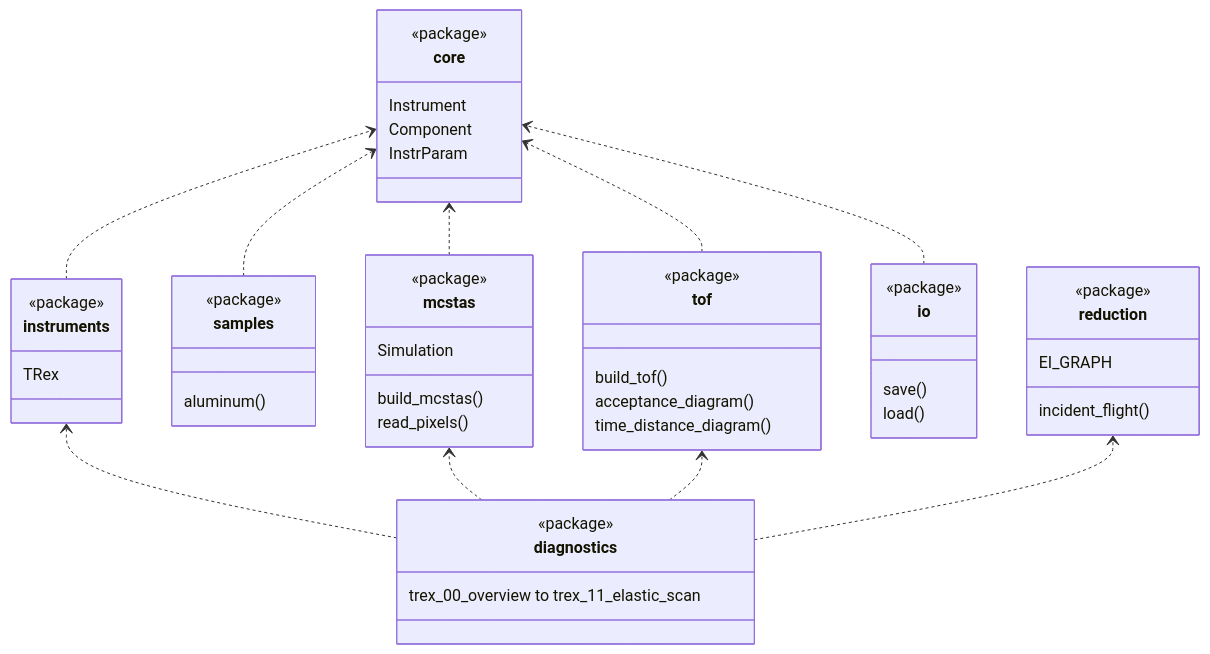
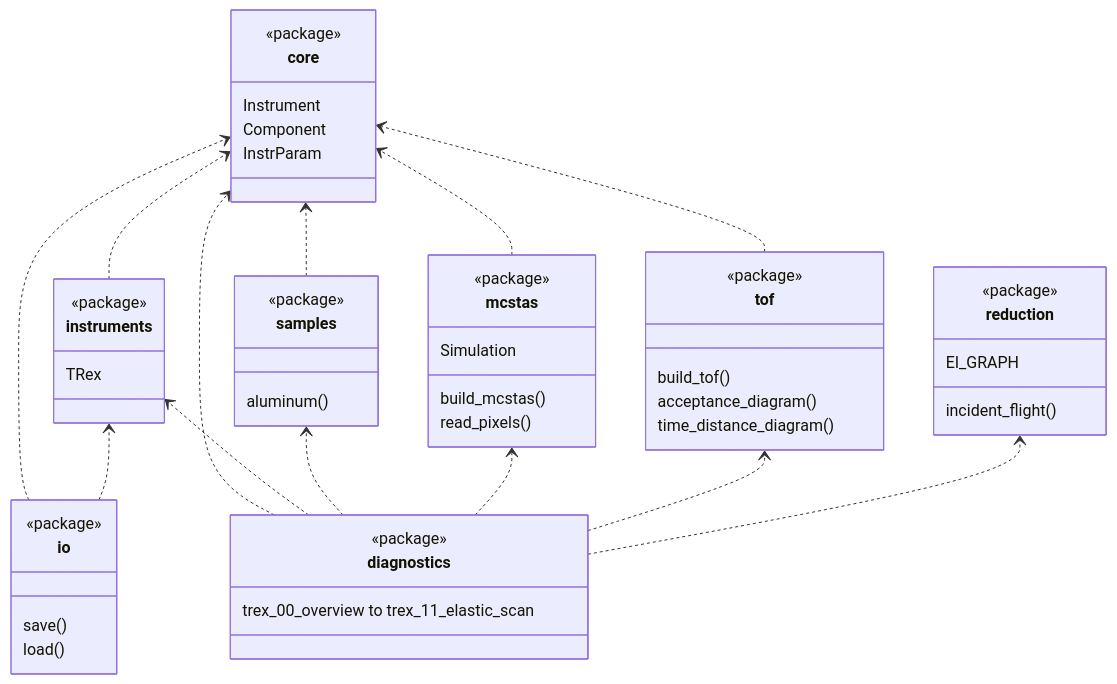
The diagram in docs/code-layout.md (bingli621/mcdgs), drawn with Mermaid before and after one commit. The commit also changed other lines of this file and 4 other files, not shown here.

````diff
--- a/docs/code-layout.md
+++ b/docs/code-layout.md
@@ -23,53 +23,56 @@
 ```mermaid
 classDiagram
     direction BT
     class core {
         <<package>>
         Instrument
         Component
         InstrParam
     }
     class instruments {
         <<package>>
         TRex
     }
     class samples {
         <<package>>
         aluminum()
     }
     class mcstas {
         <<package>>
         build_mcstas()
         Simulation
         read_pixels()
     }
     class tof {
         <<package>>
         build_tof()
         acceptance_diagram()
         time_distance_diagram()
     }
     class io {
         <<package>>
         save()
         load()
     }
     class reduction {
         <<package>>
         EI_GRAPH
         incident_flight()
     }
     class diagnostics {
         <<package>>
         trex_00_overview to trex_11_elastic_scan
     }
     instruments ..> core
     samples ..> core
     mcstas ..> core
     tof ..> core
     io ..> core
+    io ..> instruments
+    diagnostics ..> core
     diagnostics ..> instruments
+    diagnostics ..> samples
     diagnostics ..> mcstas
     diagnostics ..> tof
     diagnostics ..> reduction
 ```
````
